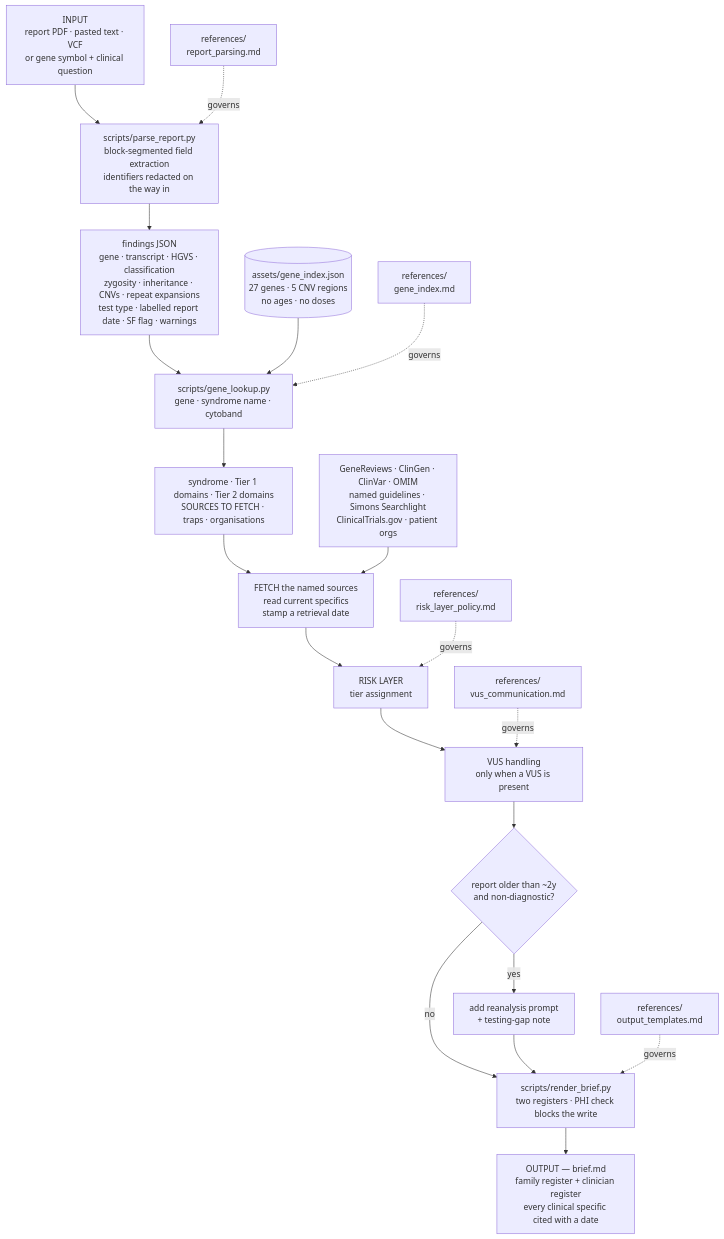
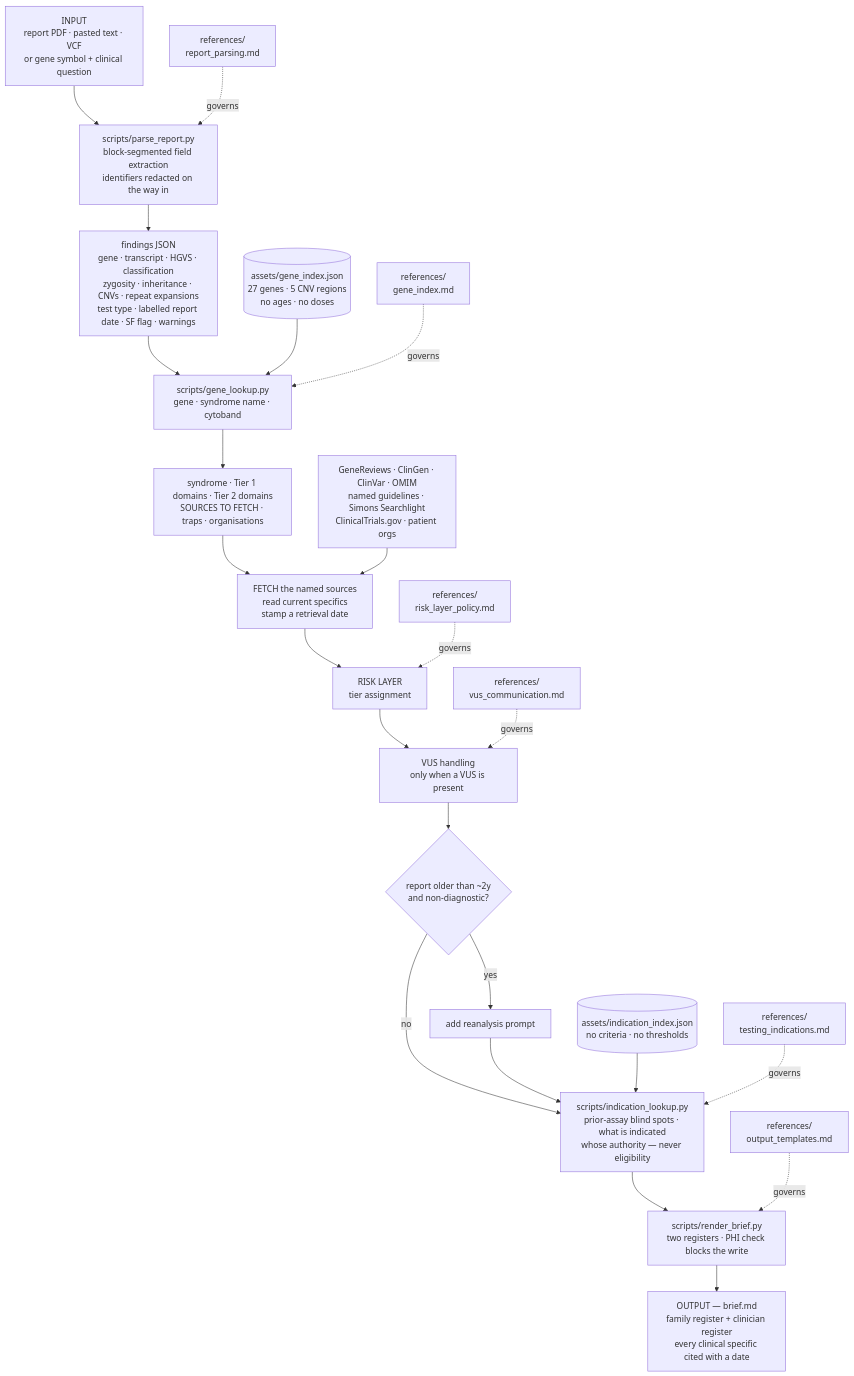
One commit to Domikohlh/autism_gtc_agent_skill changed the diagram in docs/workflow.mmd. Above: the diagram before and after it, drawn with Mermaid. The commit also changed 18 other files, not shown here.

```diff
--- a/docs/workflow.mmd
+++ b/docs/workflow.mmd
@@ -1,28 +1,32 @@
 flowchart TD
   IN["INPUT<br/>report PDF · pasted text · VCF<br/>or gene symbol + clinical question"]
   IN --> P1
   P1["scripts/parse_report.py<br/>block-segmented field extraction<br/>identifiers redacted on the way in"]
   R1["references/<br/>report_parsing.md"] -. governs .-> P1
   P1 --> J1["findings JSON<br/>gene · transcript · HGVS · classification<br/>zygosity · inheritance · CNVs · repeat expansions<br/>test type · labelled report date · SF flag · warnings"]
   J1 --> P2
   P2["scripts/gene_lookup.py<br/>gene · syndrome name · cytoband"]
   D1[("assets/gene_index.json<br/>27 genes · 5 CNV regions<br/>no ages · no doses")] --> P2
   R2["references/<br/>gene_index.md"] -. governs .-> P2
   P2 --> J2["syndrome · Tier 1 domains · Tier 2 domains<br/>SOURCES TO FETCH · traps · organisations"]
   J2 --> FETCH
   FETCH["FETCH the named sources<br/>read current specifics<br/>stamp a retrieval date"]
   EXT["GeneReviews · ClinGen · ClinVar · OMIM<br/>named guidelines · Simons Searchlight<br/>ClinicalTrials.gov · patient orgs"] --> FETCH
   FETCH --> RISK
   RISK["RISK LAYER<br/>tier assignment"]
   R3["references/<br/>risk_layer_policy.md"] -. governs .-> RISK
   RISK --> VUS
   VUS["VUS handling<br/>only when a VUS is present"]
   R4["references/<br/>vus_communication.md"] -. governs .-> VUS
   VUS --> STALE
   STALE{"report older than ~2y<br/>and non-diagnostic?"}
-  STALE -- yes --> RE["add reanalysis prompt<br/>+ testing-gap note"]
-  STALE -- no --> P3
-  RE --> P3
+  STALE -- yes --> RE["add reanalysis prompt"]
+  STALE -- no --> GAP
+  RE --> GAP
+  GAP["scripts/indication_lookup.py<br/>prior-assay blind spots · what is indicated<br/>whose authority — never eligibility"]
+  D2[("assets/indication_index.json<br/>no criteria · no thresholds")] --> GAP
+  R6["references/<br/>testing_indications.md"] -. governs .-> GAP
+  GAP --> P3
   P3["scripts/render_brief.py<br/>two registers · PHI check blocks the write"]
   R5["references/<br/>output_templates.md"] -. governs .-> P3
   P3 --> OUT["OUTPUT — brief.md<br/>family register + clinician register<br/>every clinical specific cited with a date"]
```
